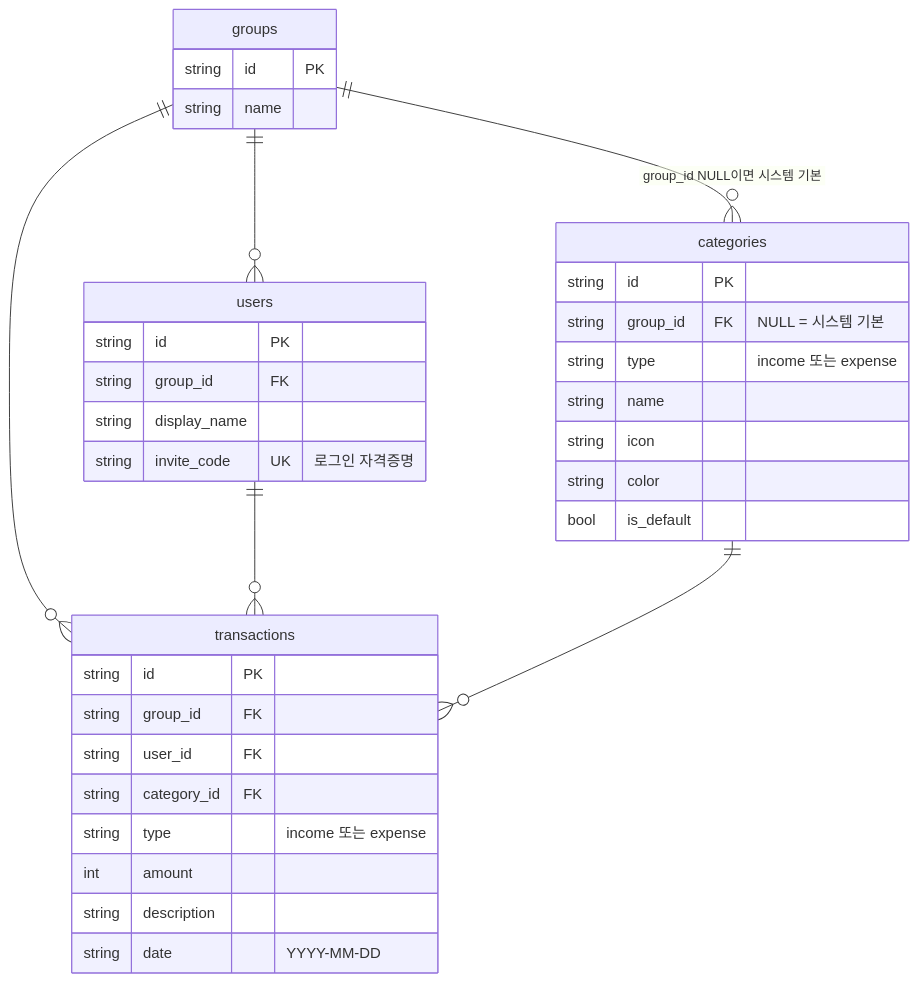
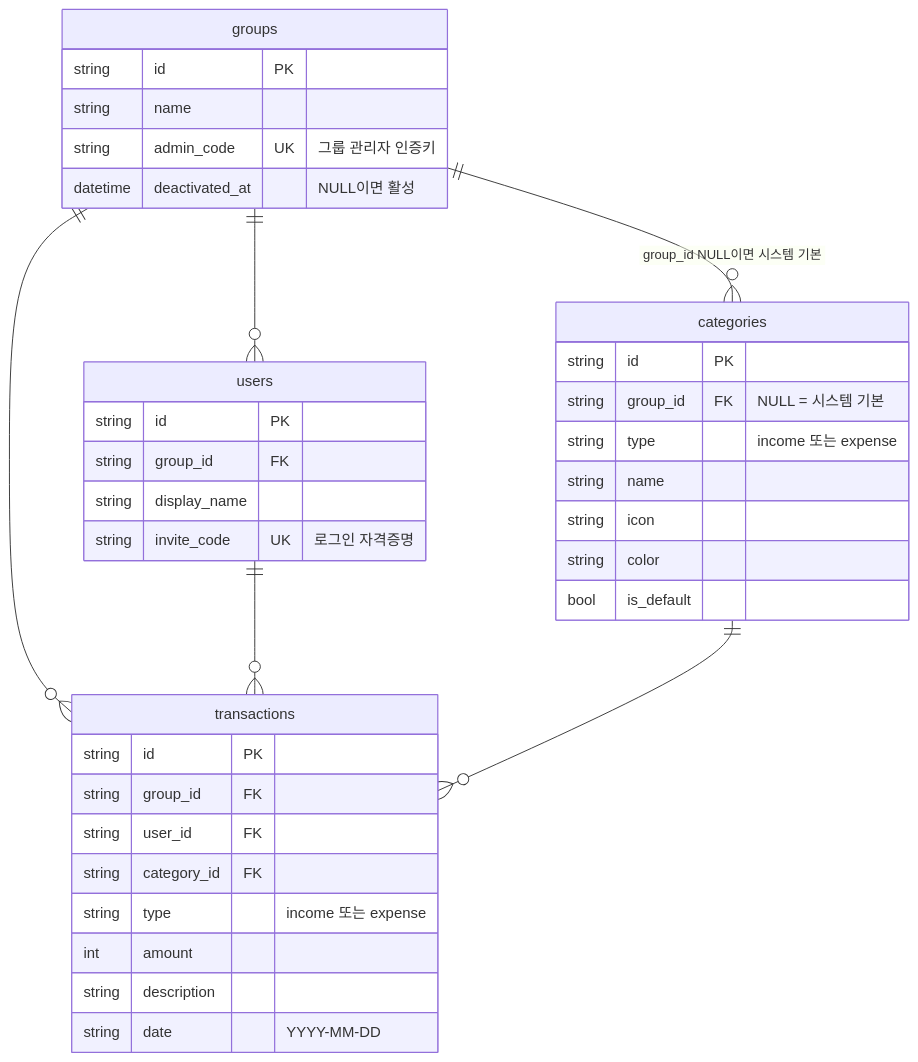
The diagram in docs/data-model.md (s2ngK/claude-asset-man), drawn with Mermaid before and after one commit. The commit also changed other lines of this file and 14 other files, not shown here.

````diff
--- a/docs/data-model.md
+++ b/docs/data-model.md
@@ -7,38 +7,40 @@
 ```mermaid
 erDiagram
     groups ||--o{ users : ""
     groups ||--o{ transactions : ""
     groups ||--o{ categories : "group_id NULL이면 시스템 기본"
     users ||--o{ transactions : ""
     categories ||--o{ transactions : ""
 
     groups {
         string id PK
         string name
+        string admin_code UK "그룹 관리자 인증키"
+        datetime deactivated_at "NULL이면 활성"
     }
     users {
         string id PK
         string group_id FK
         string display_name
         string invite_code UK "로그인 자격증명"
     }
     categories {
         string id PK
         string group_id FK "NULL = 시스템 기본"
         string type "income 또는 expense"
         string name
         string icon
         string color
         bool is_default
     }
     transactions {
         string id PK
         string group_id FK
         string user_id FK
         string category_id FK
         string type "income 또는 expense"
         int amount
         string description
         string date "YYYY-MM-DD"
     }
 ```
````
